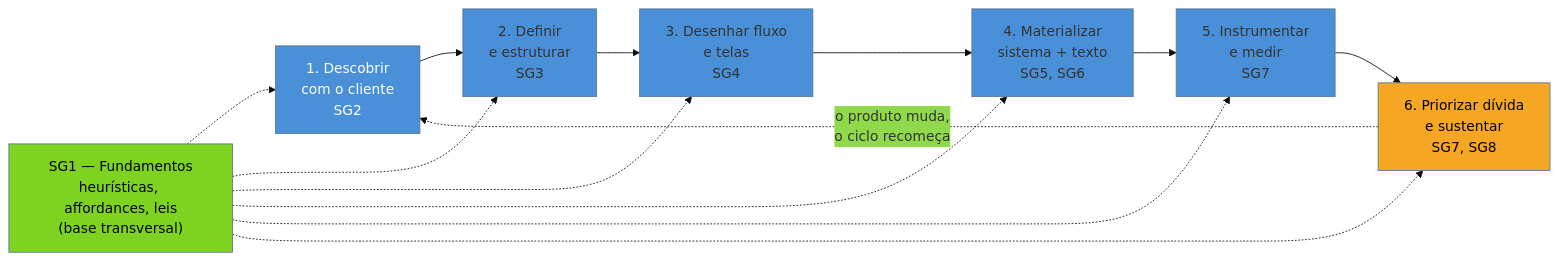
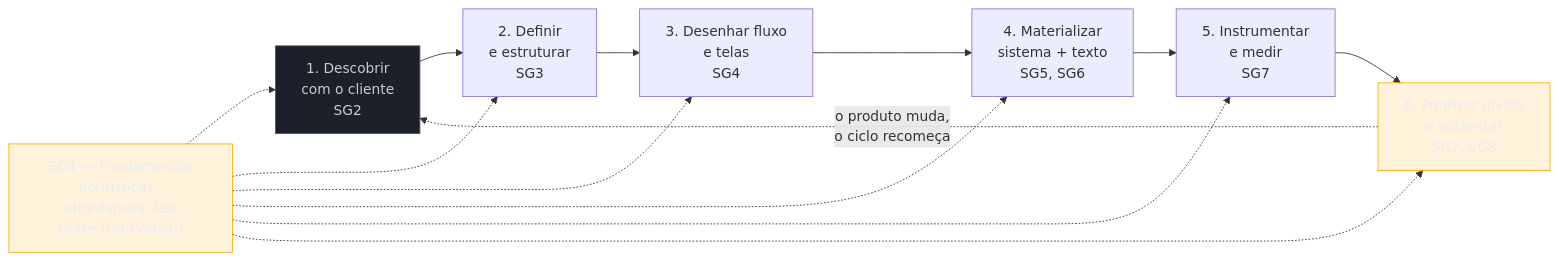
Before and after one commit to josenaldo/codex-technomanticus: the diagram in 03-Dominios/Engenharia/UX/49 - Capstone - do requisito ao produto validado.md, drawn with Mermaid. The commit also changed 1181 other files, not shown here.

First line of the commit message:
fix(diagramas): paleta do sistema no lugar de cor cravada no markdown

````diff
--- a/03-Dominios/Engenharia/UX/49 - Capstone - do requisito ao produto validado.md
+++ b/03-Dominios/Engenharia/UX/49 - Capstone - do requisito ao produto validado.md
@@ -25,20 +25,21 @@
 ```mermaid
-%%{init: {"theme": "base", "themeVariables": {"primaryColor": "#4A90D9"}}}%%
 graph LR
+    classDef neutro fill:#1B2029,stroke:#4E5666,color:#C6CCD8
+    classDef destaque fill:#FFAA0024,stroke:#FFAA00,color:#E9ECF2
     SG1["SG1 — Fundamentos<br/>heurísticas, affordances, leis<br/>(base transversal)"]
     E1["1. Descobrir<br/>com o cliente<br/>SG2"] --> E2["2. Definir<br/>e estruturar<br/>SG3"]
     E2 --> E3["3. Desenhar fluxo<br/>e telas<br/>SG4"]
     E3 --> E4["4. Materializar<br/>sistema + texto<br/>SG5, SG6"]
     E4 --> E5["5. Instrumentar<br/>e medir<br/>SG7"]
     E5 --> E6["6. Priorizar dívida<br/>e sustentar<br/>SG7, SG8"]
     E6 -.->|"o produto muda,<br/>o ciclo recomeça"| E1
     SG1 -.-> E1
     SG1 -.-> E2
     SG1 -.-> E3
     SG1 -.-> E4
     SG1 -.-> E5
     SG1 -.-> E6
-    style E1 fill:#4A90D9,color:#fff
-    style E6 fill:#F5A623,color:#000
-    style SG1 fill:#7ED321,color:#000
+    class E1 neutro
+    class E6 destaque
+    class SG1 destaque
 ```
````
